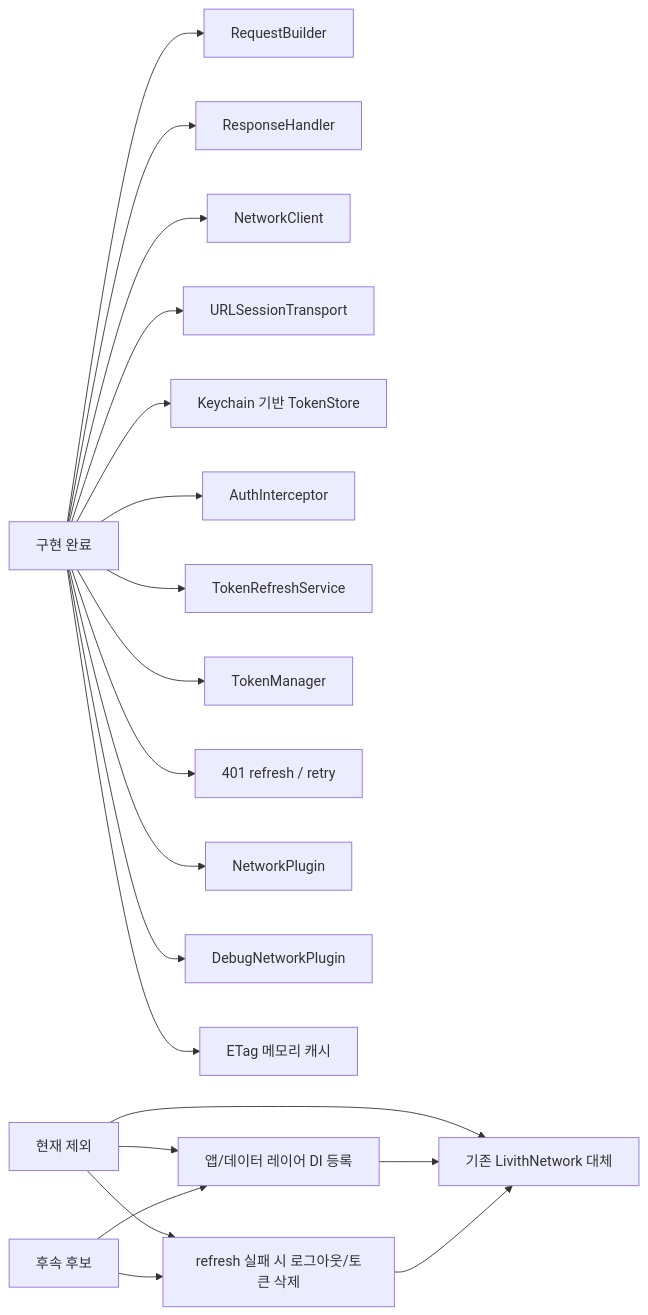
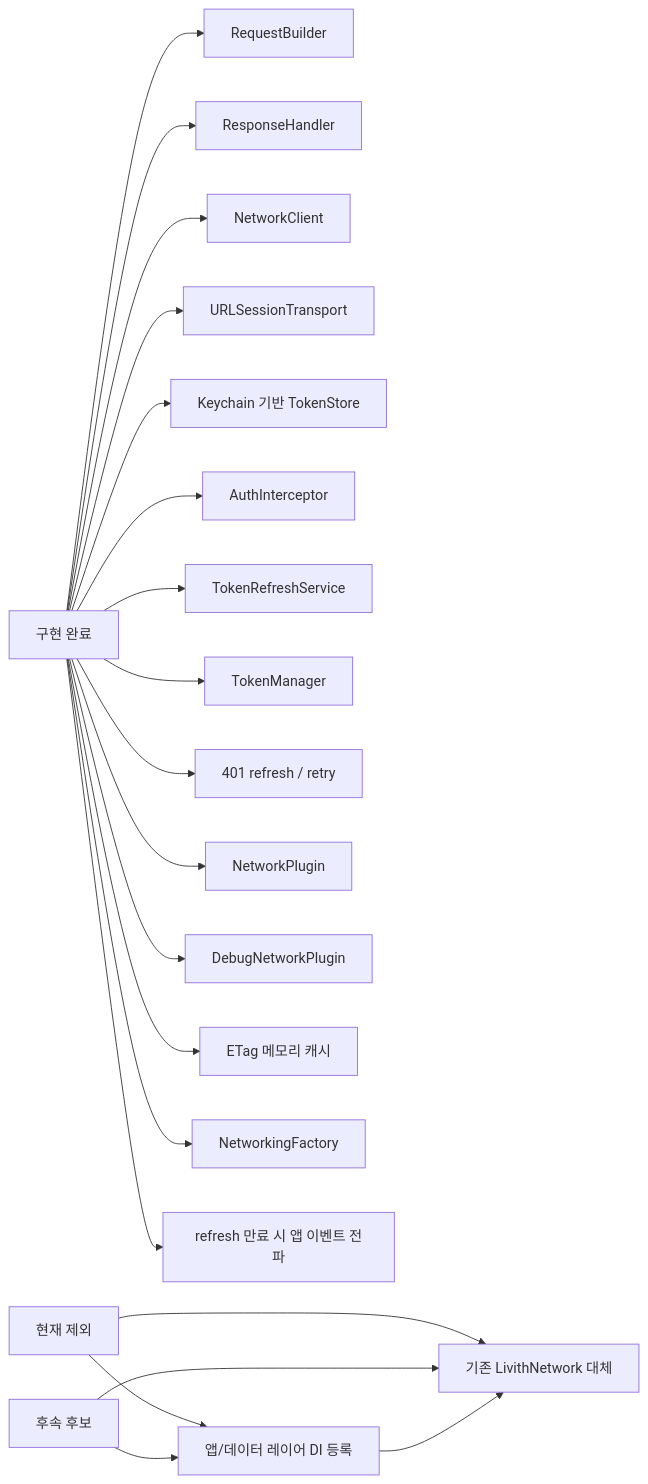
One commit to mediunn/Livith-iOS changed the first of 8 diagrams in Projects/LivithNetworking/README.md. Above: the diagram before and after it, drawn with Mermaid. The commit also changed other lines of this file, not shown here.

First line of the commit message:
[Feat] LIVD-409 - 네트워킹 팩토리 설계 및 인증 만료 이벤트 전파 문서 반영

````diff
--- a/Projects/LivithNetworking/README.md
+++ b/Projects/LivithNetworking/README.md
@@ -7,28 +7,28 @@
 ```mermaid
 flowchart LR
     Done[구현 완료]
     Out[현재 제외]
     Next[후속 후보]
 
     Done --> Request[RequestBuilder]
     Done --> Response[ResponseHandler]
     Done --> Client[NetworkClient]
     Done --> Transport[URLSessionTransport]
     Done --> TokenStore[Keychain 기반 TokenStore]
     Done --> Interceptor[AuthInterceptor]
     Done --> RefreshService[TokenRefreshService]
     Done --> TokenManager[TokenManager]
     Done --> Retry[401 refresh / retry]
     Done --> Plugin[NetworkPlugin]
     Done --> DebugPlugin[DebugNetworkPlugin]
     Done --> Cache[ETag 메모리 캐시]
+    Done --> Factory[NetworkingFactory]
+    Done --> Logout[refresh 만료 시 앱 이벤트 전파]
 
-    Out --> Logout[refresh 실패 시 로그아웃/토큰 삭제]
     Out --> DI[앱/데이터 레이어 DI 등록]
     Out --> Migration[기존 LivithNetwork 대체]
 
     Next --> DI
-    Next --> Logout
+    Next --> Migration
     DI --> Migration
-    Logout --> Migration
 ```
````
